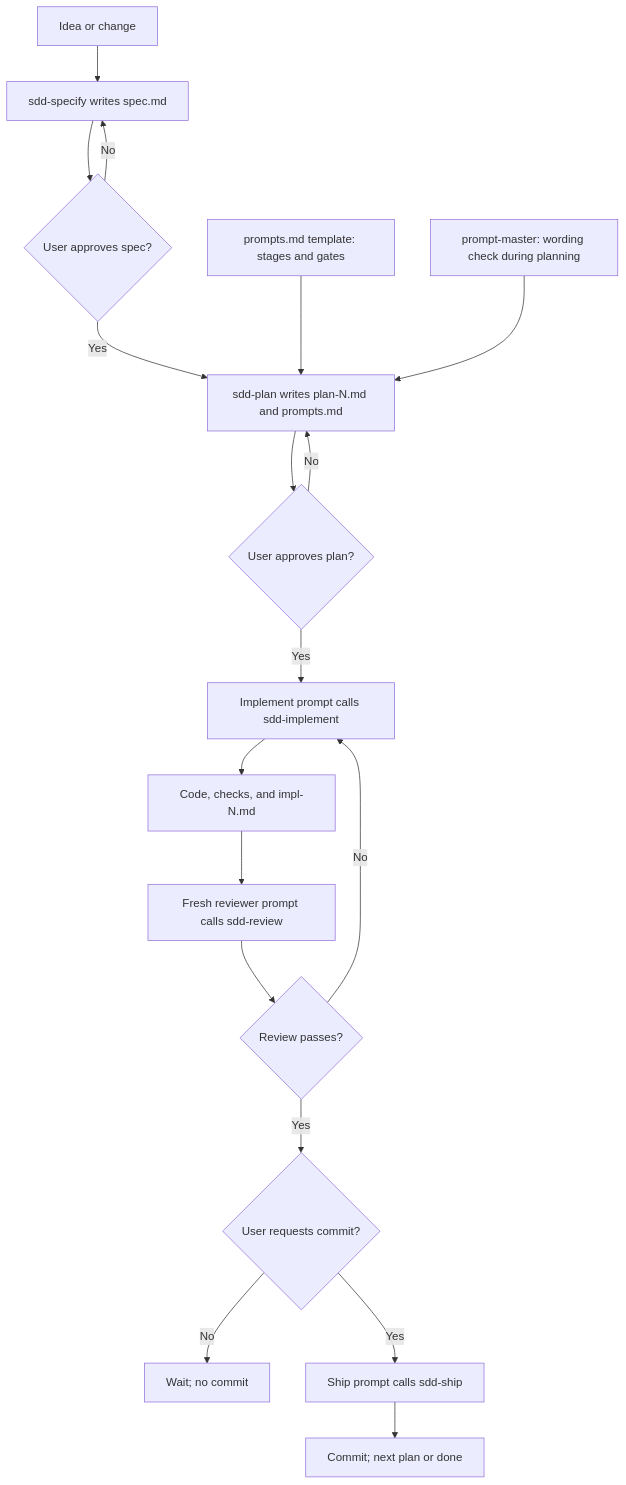
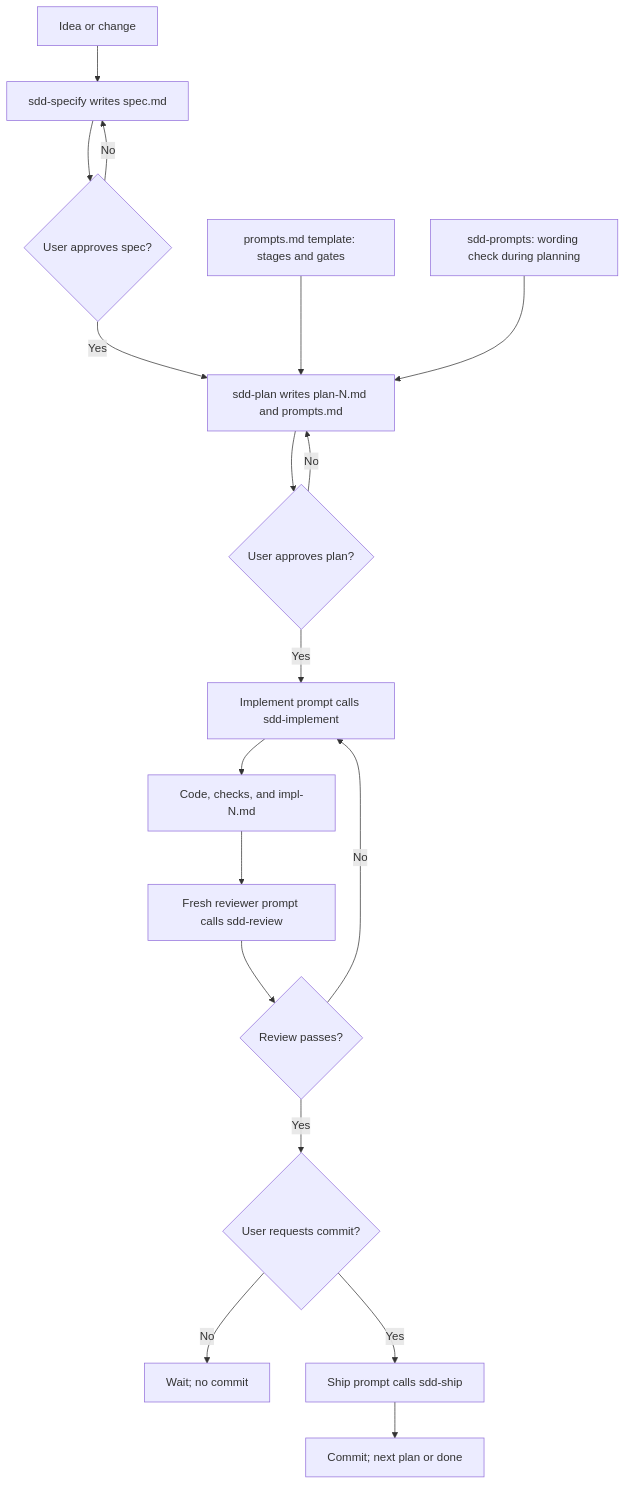
The diagram in README.md (SEPANU1717/sdd-kit), drawn with Mermaid before and after one commit. The commit also changed other lines of this file and 16 other files, not shown here.

First line of the commit message:
chore: add MIT license, release packaging, rename prompt-master

````diff
--- a/README.md
+++ b/README.md
@@ -55,20 +55,20 @@
 ```mermaid
 flowchart TD
     A["Idea or change"] --> B["sdd-specify writes spec.md"]
     B --> C{"User approves spec?"}
     C -- No --> B
     C -- Yes --> D["sdd-plan writes plan-N.md and prompts.md"]
     T["prompts.md template: stages and gates"] --> D
-    P["prompt-master: wording check during planning"] --> D
+    P["sdd-prompts: wording check during planning"] --> D
     D --> E{"User approves plan?"}
     E -- No --> D
     E -- Yes --> F["Implement prompt calls sdd-implement"]
     F --> G["Code, checks, and impl-N.md"]
     G --> H["Fresh reviewer prompt calls sdd-review"]
     H --> I{"Review passes?"}
     I -- No --> F
     I -- Yes --> J{"User requests commit?"}
     J -- No --> K["Wait; no commit"]
     J -- Yes --> L["Ship prompt calls sdd-ship"]
     L --> M["Commit; next plan or done"]
 ```
````
